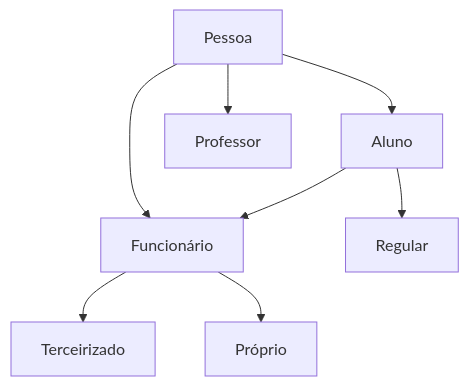
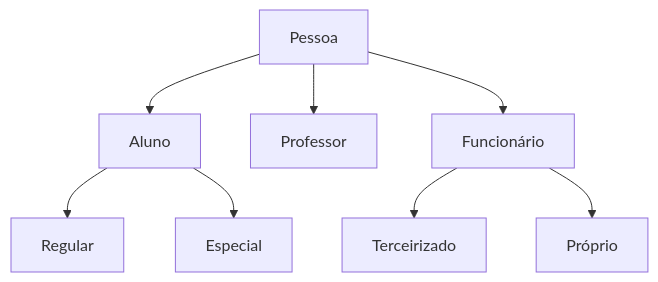
Before and after one commit to mrother/fatec: the diagram in 4sem/POO/2019-04-01.md, drawn with Mermaid. The commit also changed other lines of this file, not shown here.

````diff
--- a/4sem/POO/2019-04-01.md
+++ b/4sem/POO/2019-04-01.md
@@ -17,11 +17,11 @@
 ```mermaid
 graph TD
     B[Pessoa]
     B-->C[Aluno]
     B-->D[Professor]
     B-->E[Funcionário]
     C-->H[Regular]
-    C-->
+    C-->I[Especial]
     E-->F[Terceirizado]
     E-->G[Próprio]
 ```
````
